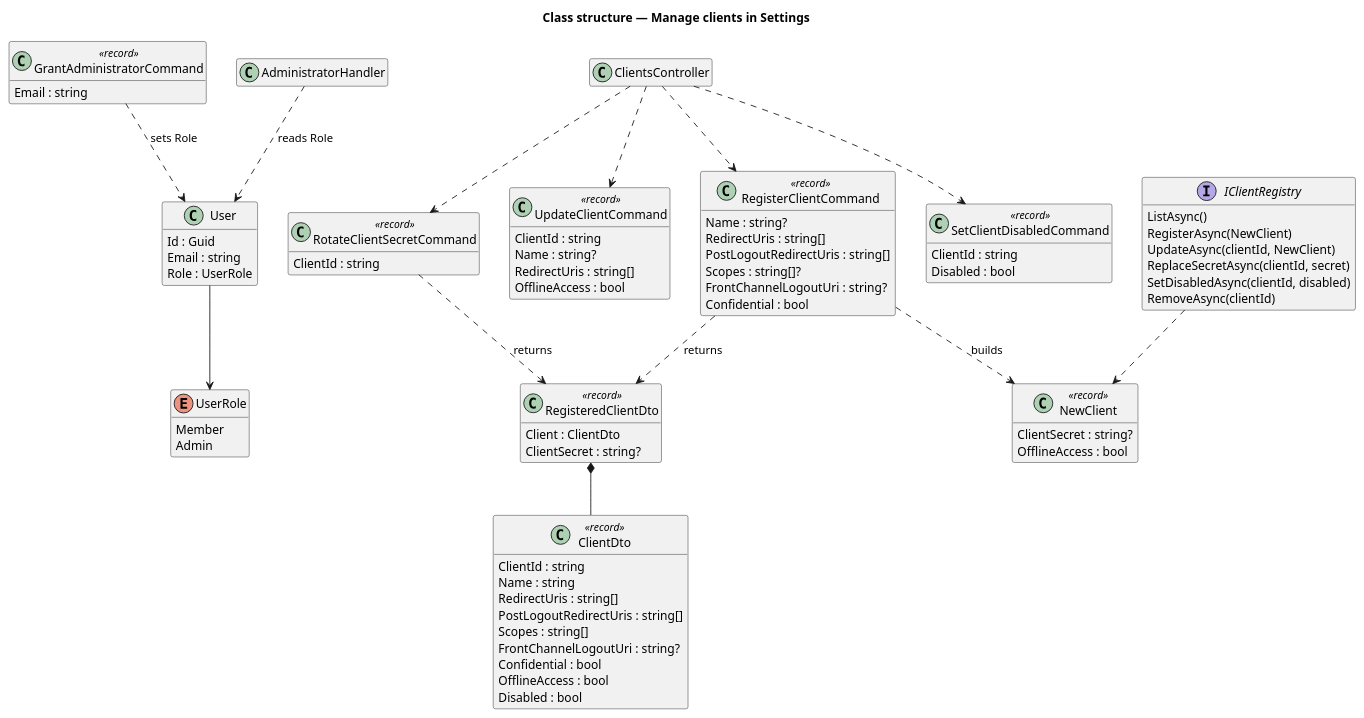
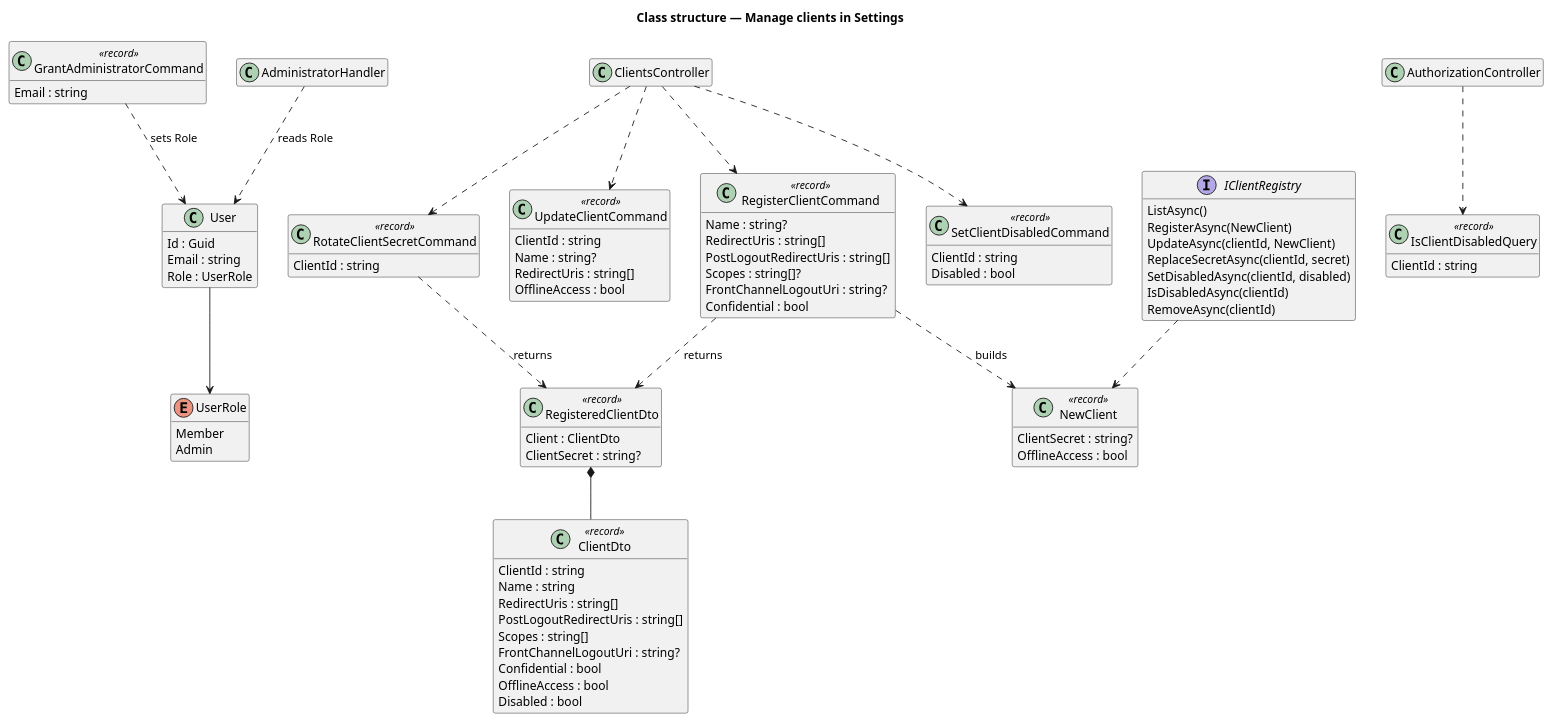
One commit to QuinntyneBrown/ingresso changed the diagram in docs/detailed-designs/identity-provider/manage-clients-in-settings/diagrams/class-structure.puml. Above: the diagram before and after it, drawn with PlantUML. The commit also changed 15 other files, not shown here.

```diff
--- a/docs/detailed-designs/identity-provider/manage-clients-in-settings/diagrams/class-structure.puml
+++ b/docs/detailed-designs/identity-provider/manage-clients-in-settings/diagrams/class-structure.puml
@@ -1,78 +1,84 @@
 @startuml
 title Class structure — Manage clients in Settings
 hide empty members
 enum UserRole {
   Member
   Admin
 }
 class User {
   Id : Guid
   Email : string
   Role : UserRole
 }
 User --> UserRole
 class GrantAdministratorCommand <<record>> {
   Email : string
 }
 class RegisterClientCommand <<record>> {
   Name : string?
   RedirectUris : string[]
   PostLogoutRedirectUris : string[]
   Scopes : string[]?
   FrontChannelLogoutUri : string?
   Confidential : bool
 }
 class RegisteredClientDto <<record>> {
   Client : ClientDto
   ClientSecret : string?
 }
 class ClientDto <<record>> {
   ClientId : string
   Name : string
   RedirectUris : string[]
   PostLogoutRedirectUris : string[]
   Scopes : string[]
   FrontChannelLogoutUri : string?
   Confidential : bool
   OfflineAccess : bool
   Disabled : bool
 }
 class NewClient <<record>> {
   ClientSecret : string?
   OfflineAccess : bool
 }
 class UpdateClientCommand <<record>> {
   ClientId : string
   Name : string?
   RedirectUris : string[]
   OfflineAccess : bool
 }
 class RotateClientSecretCommand <<record>> {
   ClientId : string
 }
 class SetClientDisabledCommand <<record>> {
   ClientId : string
   Disabled : bool
 }
+class IsClientDisabledQuery <<record>> {
+  ClientId : string
+}
+class AuthorizationController
 interface IClientRegistry {
   ListAsync()
   RegisterAsync(NewClient)
   UpdateAsync(clientId, NewClient)
   ReplaceSecretAsync(clientId, secret)
   SetDisabledAsync(clientId, disabled)
+  IsDisabledAsync(clientId)
   RemoveAsync(clientId)
 }
 class AdministratorHandler
 class ClientsController
 RegisterClientCommand ..> RegisteredClientDto : returns
 RegisteredClientDto *-- ClientDto
 RegisterClientCommand ..> NewClient : builds
 IClientRegistry ..> NewClient
 ClientsController ..> RegisterClientCommand
 ClientsController ..> UpdateClientCommand
 ClientsController ..> RotateClientSecretCommand
 ClientsController ..> SetClientDisabledCommand
+AuthorizationController ..> IsClientDisabledQuery
 RotateClientSecretCommand ..> RegisteredClientDto : returns
 AdministratorHandler ..> User : reads Role
 GrantAdministratorCommand ..> User : sets Role
 @enduml
```
